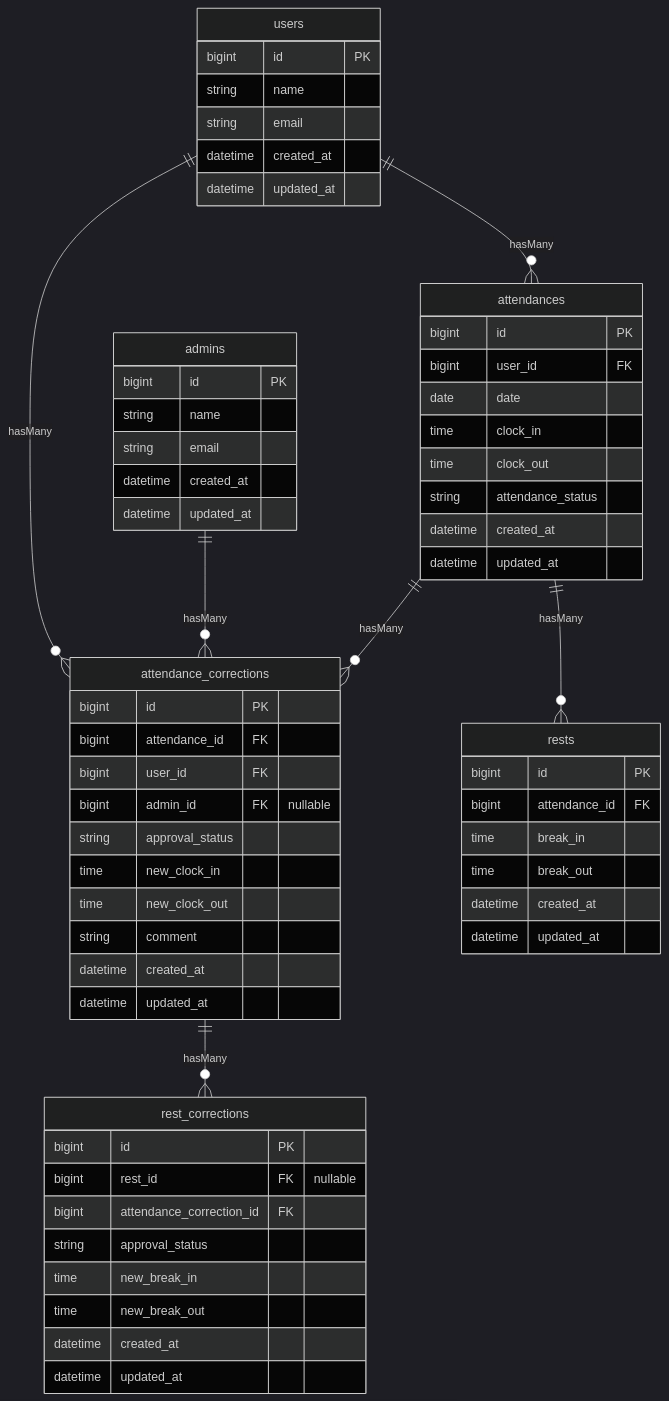
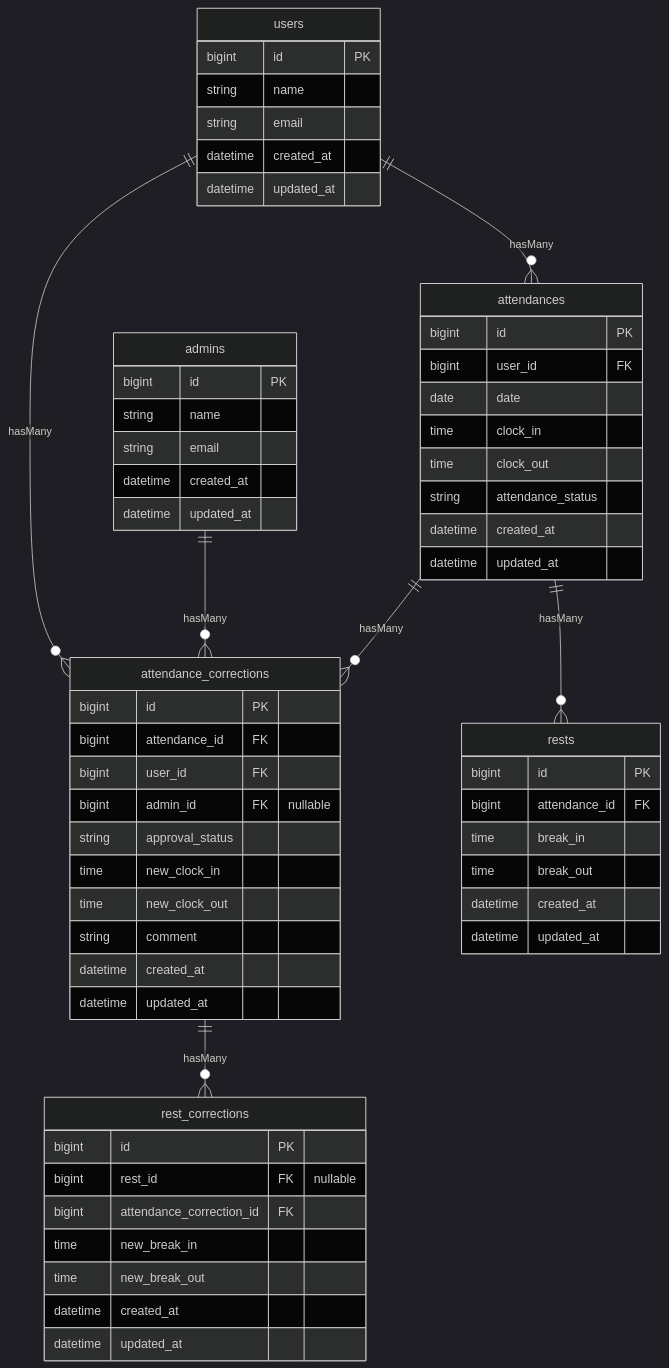
One commit to yuna-genma/attendance-app changed the diagram in README.md. Above: the diagram before and after it, drawn with Mermaid (dark theme). The commit also changed 3 other files, not shown here.

````diff
--- a/README.md
+++ b/README.md
@@ -9,73 +9,72 @@
 ```mermaid
     erDiagram
 
     users ||--o{ attendances : "hasMany"
     users ||--o{ attendance_corrections : "hasMany"
 
     admins ||--o{ attendance_corrections : "hasMany"
 
     attendances ||--o{ rests : "hasMany"
     attendances ||--o{ attendance_corrections : "hasMany"
 
     attendance_corrections ||--o{ rest_corrections : "hasMany"
 
     admins {
         bigint id PK
         string name
         string email
         datetime created_at
         datetime updated_at
     }
 
     users {
         bigint id PK
         string name
         string email
         datetime created_at
         datetime updated_at
     }
 
     attendances {
         bigint id PK
         bigint user_id FK
         date date
         time clock_in
         time clock_out
         string attendance_status
         datetime created_at
         datetime updated_at
     }
 
     rests {
         bigint id PK
         bigint attendance_id FK
         time break_in
         time break_out
         datetime created_at
         datetime updated_at
     }
 
     attendance_corrections {
         bigint id PK
         bigint attendance_id FK
         bigint user_id FK
         bigint admin_id FK "nullable"
         string approval_status
         time new_clock_in
         time new_clock_out
         string comment
         datetime created_at
         datetime updated_at
     }
 
     rest_corrections {
         bigint id PK
         bigint rest_id FK "nullable"
         bigint attendance_correction_id FK
-        string approval_status
         time new_break_in
         time new_break_out
         datetime created_at
         datetime updated_at
     }
 ```
````
